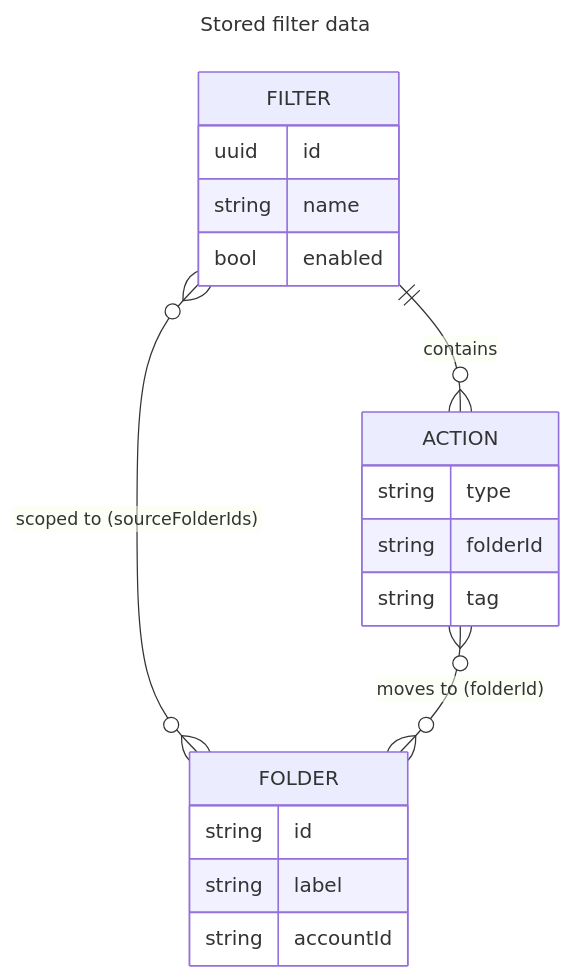
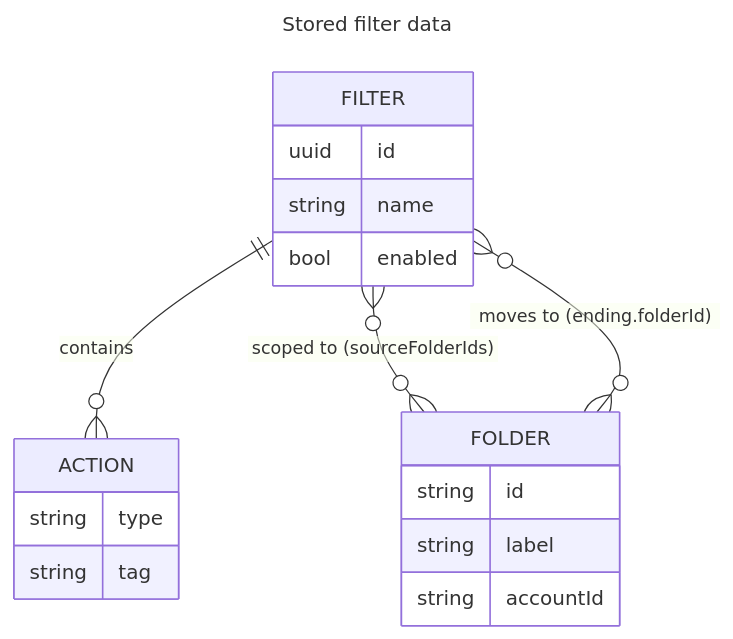
The first of 2 diagrams in docs/data-model.md (shaptonstahl/polimath-thunderbird-filters), drawn with Mermaid before and after one commit. The commit also changed other lines of this file and 11 other files, not shown here.

````diff
--- a/docs/data-model.md
+++ b/docs/data-model.md
@@ -10,12 +10,12 @@
 ```mermaid
 ---
 title: Stored filter data
 ---
 erDiagram
   FILTER ||--o{ ACTION : contains
   FILTER }o--o{ FOLDER : "scoped to (sourceFolderIds)"
-  ACTION }o--o{ FOLDER : "moves to (folderId)"
+  FILTER }o--o{ FOLDER : "moves to (ending.folderId)"
   FILTER { uuid id  string name  bool enabled }
   FOLDER { string id  string label  string accountId }
-  ACTION { string type  string folderId  string tag }
+  ACTION { string type  string tag }
 ```
````
